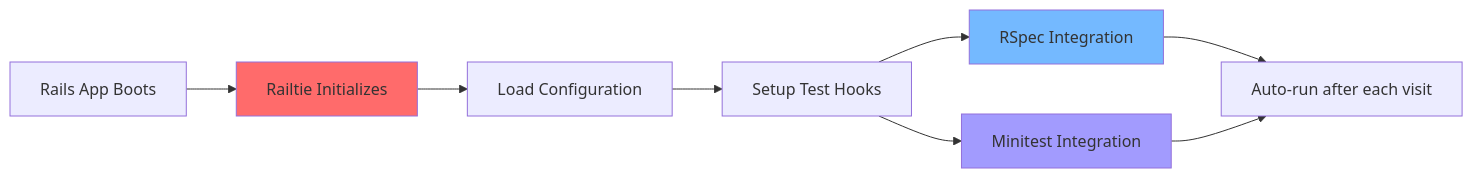
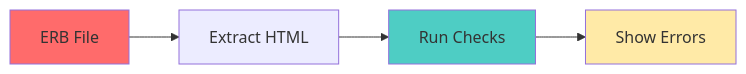
The third of 4 diagrams in docs_site/architecture.md (rayraycodes/rails-accessibility-testing), drawn with Mermaid before and after one commit. The commit also changed other lines of this file and 1 other file, not shown here.

First line of the commit message:
docs: Simplify architecture page and fix fullscreen visibility

````diff
--- a/docs_site/architecture.md
+++ b/docs_site/architecture.md
@@ -200,14 +66,10 @@
 ```mermaid
 graph LR
-    A[Rails App Boots] --> B[Railtie Initializes]
-    B --> C[Load Configuration]
-    C --> D[Setup Test Hooks]
-    D --> E1[RSpec Integration]
-    D --> E2[Minitest Integration]
-    E1 --> F[Auto-run after each visit]
-    E2 --> F
+    A[ERB File] --> B[Extract HTML]
+    B --> C[Run Checks]
+    C --> D[Show Errors]
     
-    style B fill:#ff6b6b
-    style E1 fill:#74b9ff
-    style E2 fill:#a29bfe
+    style A fill:#ff6b6b
+    style C fill:#4ecdc4
+    style D fill:#ffeaa7
 ```
````
